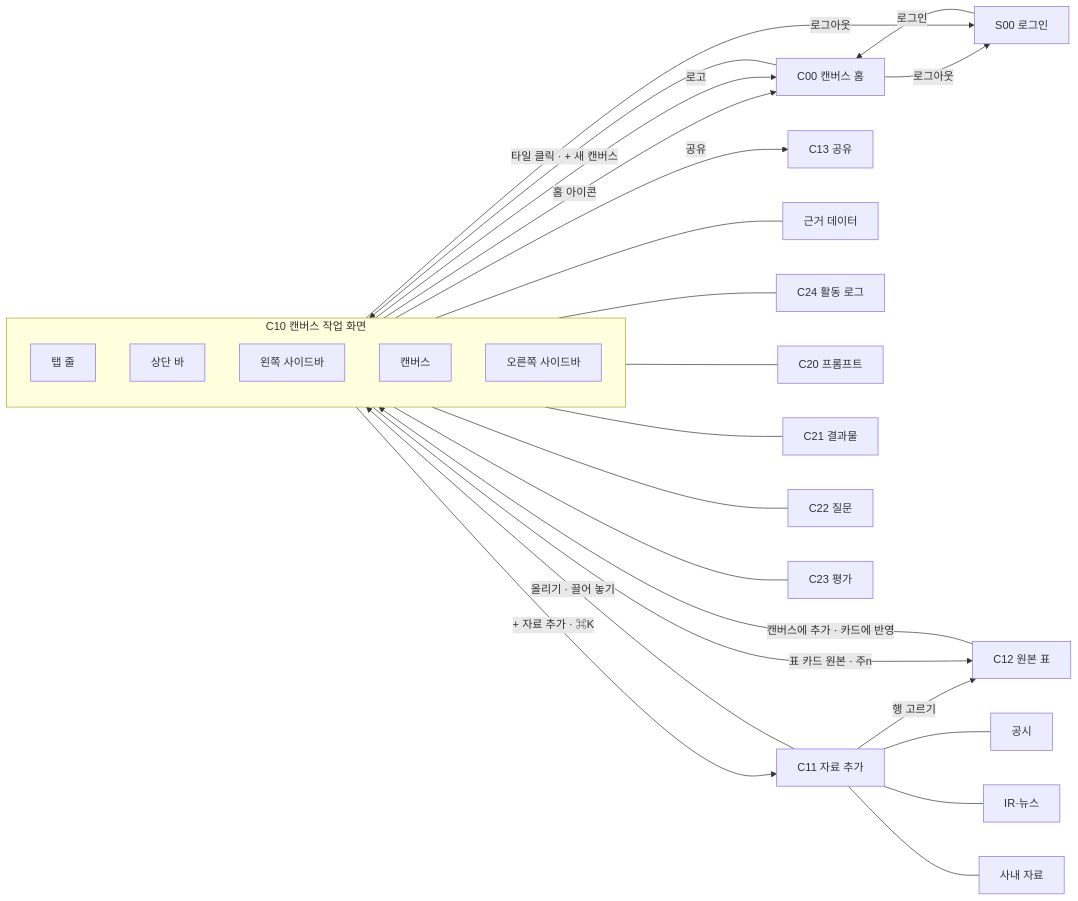
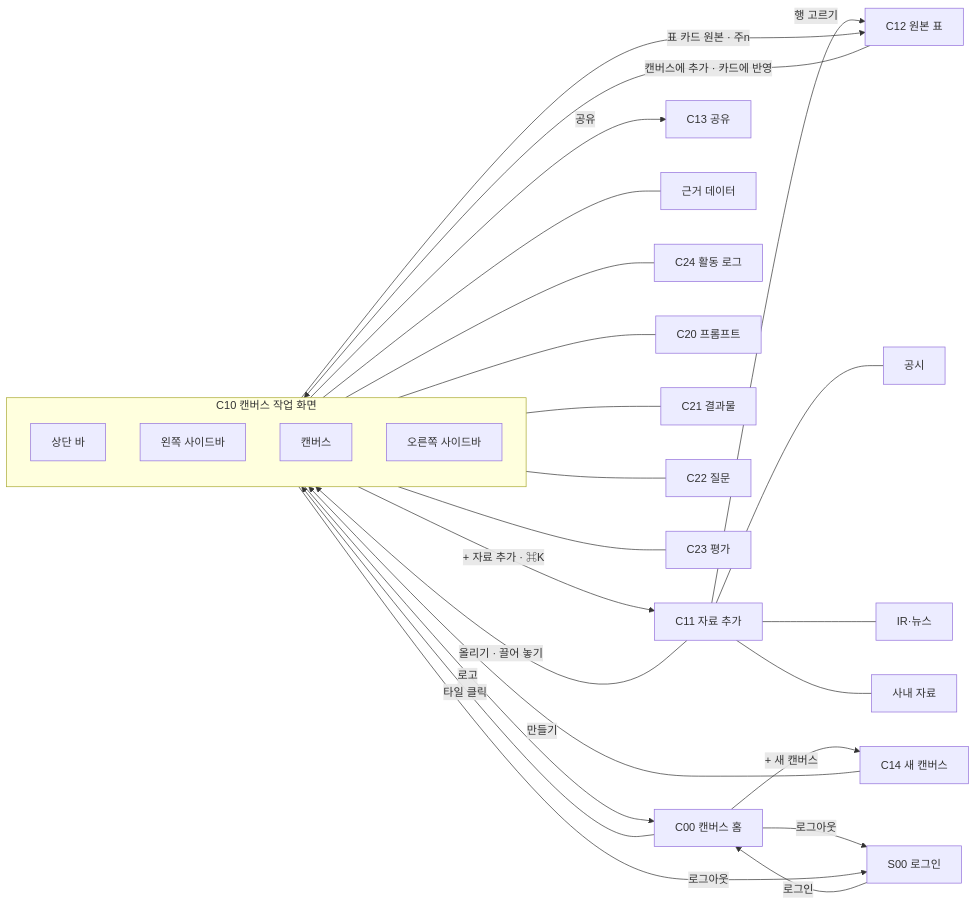
The first of 12 diagrams in docs/frontend/ia.md (vamos-team/telescope), drawn with Mermaid before and after one commit. The commit also changed other lines of this file and 14 other files, not shown here.

````diff
--- a/docs/frontend/ia.md
+++ b/docs/frontend/ia.md
@@ -61,35 +62,35 @@
 ```mermaid
 flowchart LR
   S00["S00 로그인"] -->|로그인| C00["C00 캔버스 홈"]
-  C00 -->|"타일 클릭 · + 새 캔버스"| C10
+  C00 -->|"타일 클릭"| C10
+  C00 -->|"+ 새 캔버스"| C14["C14 새 캔버스"]
+  C14 -->|"만들기"| C10
 
   subgraph C10["C10 캔버스 작업 화면"]
     direction TB
-    T["탭 줄"]
     B["상단 바"]
     LP["왼쪽 사이드바"]
     CV["캔버스"]
     RP["오른쪽 사이드바"]
   end
 
   B -->|"+ 자료 추가 · ⌘K"| C11["C11 자료 추가"]
   C11 -->|"행 고르기"| C12["C12 원본 표"]
   CV -->|"표 카드 원본 · 주n"| C12
   C11 -->|"올리기 · 끌어 놓기"| CV
   C12 -->|"캔버스에 추가 · 카드에 반영"| CV
-  T -->|"홈 아이콘"| C00
   B -->|"로고"| C00
   B -->|"공유"| C13["C13 공유"]
   LP -->|"로그아웃"| S00
   C00 -->|"로그아웃"| S00
 
   LP --- LP2["근거 데이터"]
   LP --- C24["C24 활동 로그"]
   RP --- C20["C20 프롬프트"]
   RP --- C21["C21 결과물"]
   RP --- C22["C22 질문"]
   RP --- C23["C23 평가"]
   C11 --- T1["공시"]
   C11 --- T2["IR·뉴스"]
   C11 --- T3["사내 자료"]
 ```
````
